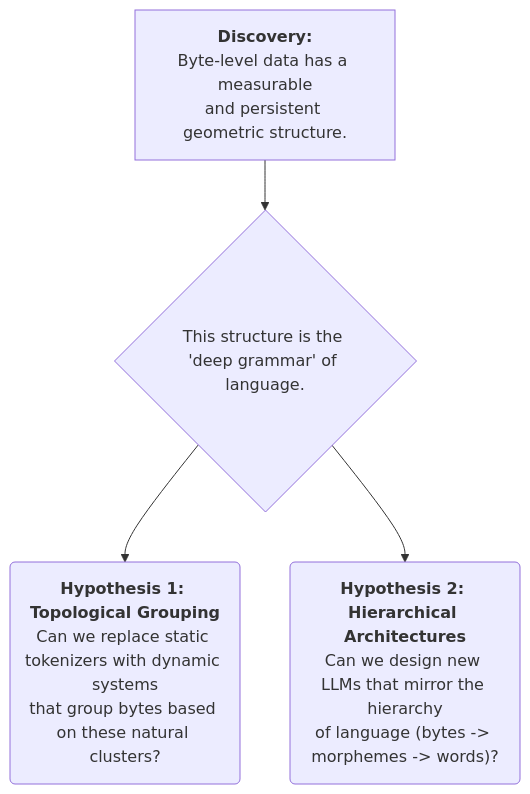
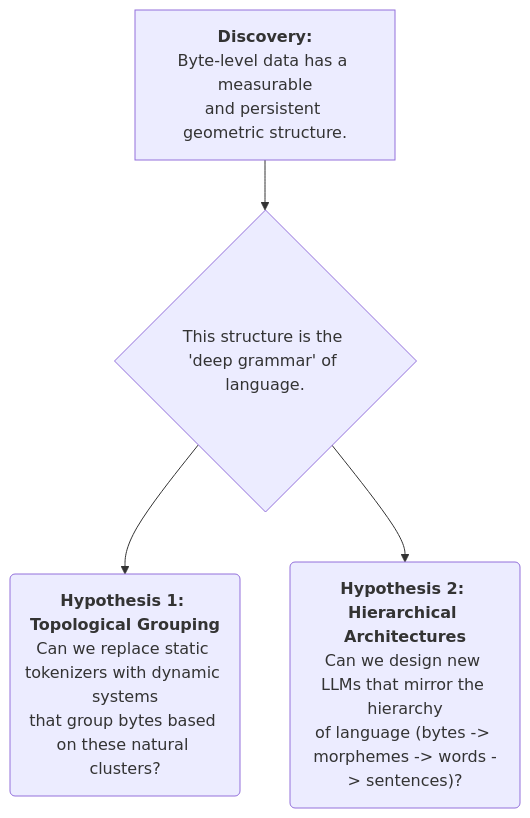
One commit to eltay89/eltay89.github.io changed the third of 3 diagrams in _posts/2025-08-22-analyzing-bytes-for-llms.md. Above: the diagram before and after it, drawn with Mermaid. The commit also changed other lines of this file, not shown here.

````diff
--- a/_posts/2025-08-22-analyzing-bytes-for-llms.md
+++ b/_posts/2025-08-22-analyzing-bytes-for-llms.md
@@ -80,6 +79,6 @@
 ```mermaid
 graph TD
     A["<b>Discovery:</b><br>Byte-level data has a measurable<br>and persistent geometric structure."] --> B{"This structure is the 'deep grammar' of language."};
     B --> C("<b>Hypothesis 1: Topological Grouping</b><br>Can we replace static tokenizers with dynamic systems<br>that group bytes based on these natural clusters?");
-    B --> D("<b>Hypothesis 2: Hierarchical Architectures</b><br>Can we design new LLMs that mirror the hierarchy<br>of language (bytes -> morphemes -> words)?");
+    B --> D("<b>Hypothesis 2: Hierarchical Architectures</b><br>Can we design new LLMs that mirror the hierarchy<br>of language (bytes -> morphemes -> words -> sentences)?");
 ```
````
